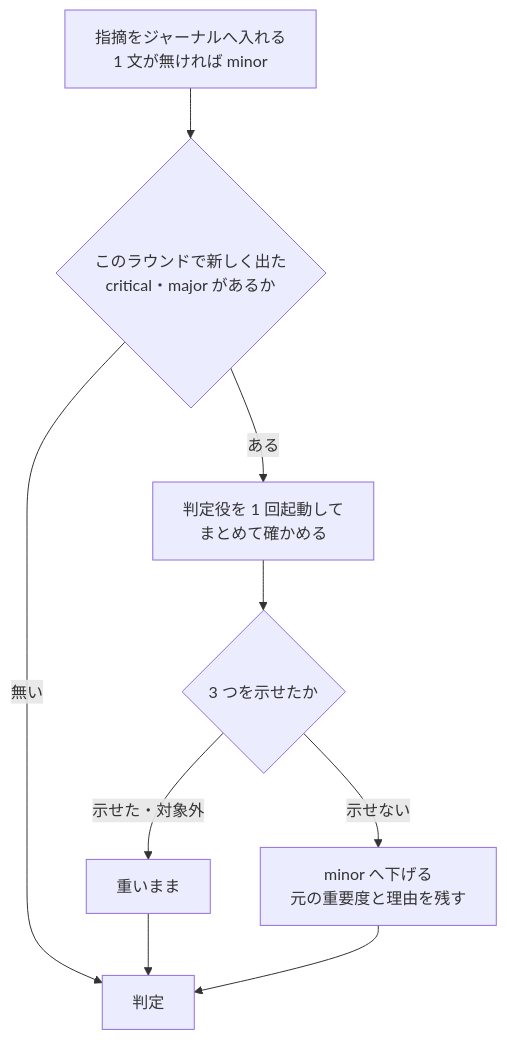
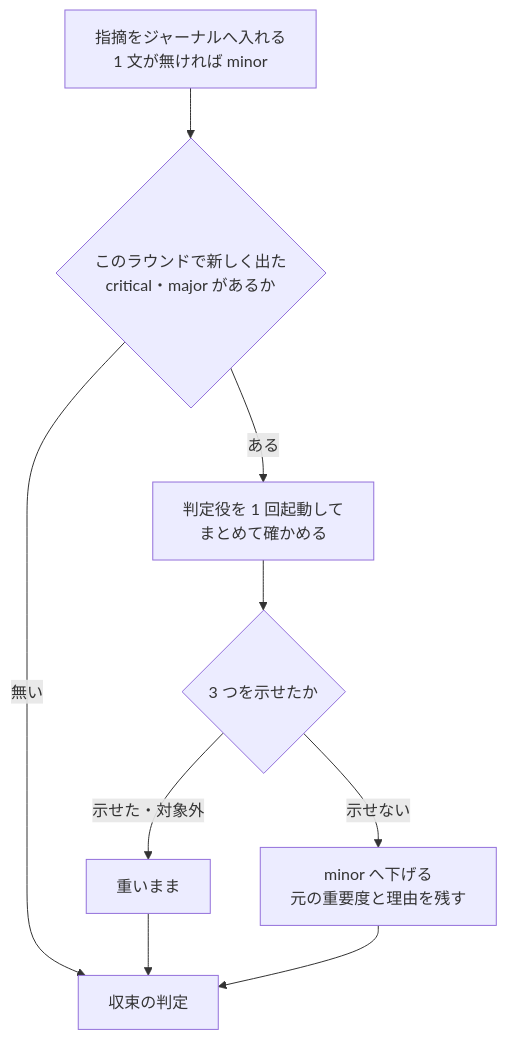
The second of 3 diagrams in issues/issue-4363-design.md (devbasex/ai-plugins), drawn with Mermaid before and after one commit. The commit also changed other lines of this file and 2 other files, not shown here.

````diff
--- a/issues/issue-4363-design.md
+++ b/issues/issue-4363-design.md
@@ -30,11 +30,11 @@
 ```mermaid
 flowchart TD
     A[指摘をジャーナルへ入れる<br>1 文が無ければ minor] --> B{このラウンドで新しく出た<br>critical・major があるか}
-    B -->|無い| F[判定]
+    B -->|無い| F[収束の判定]
     B -->|ある| C[判定役を 1 回起動して<br>まとめて確かめる]
     C --> D{3 つを示せたか}
     D -->|示せた・対象外| E[重いまま]
     D -->|示せない| G[minor へ下げる<br>元の重要度と理由を残す]
     E --> F
     G --> F
 ```
````
